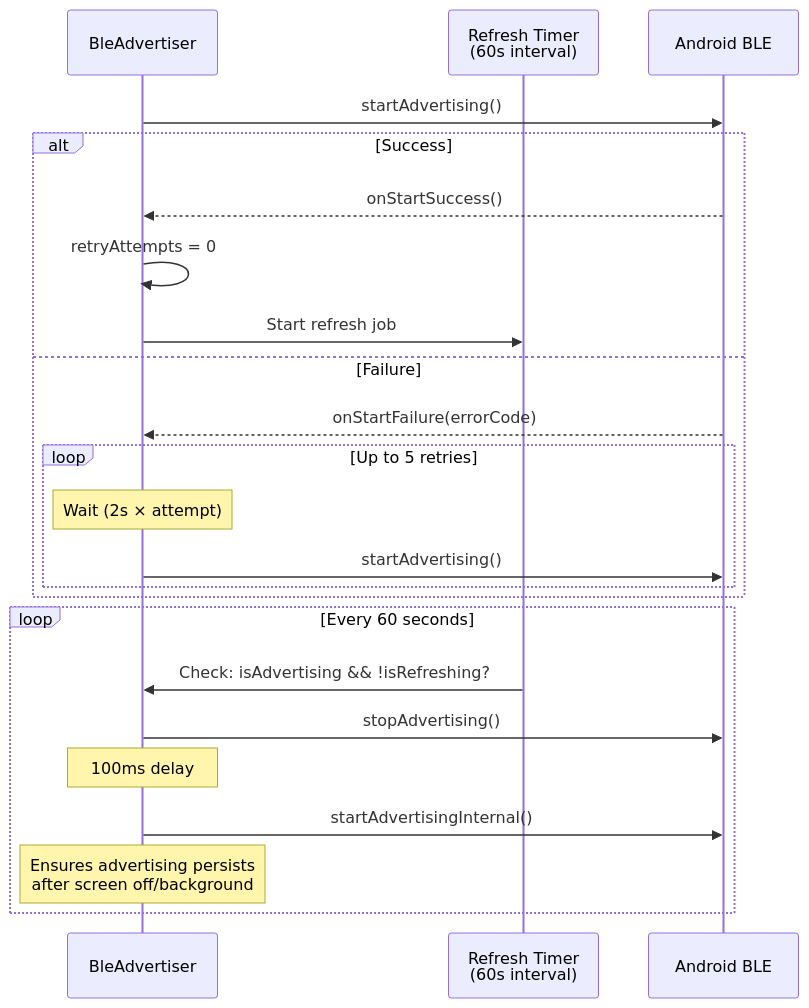
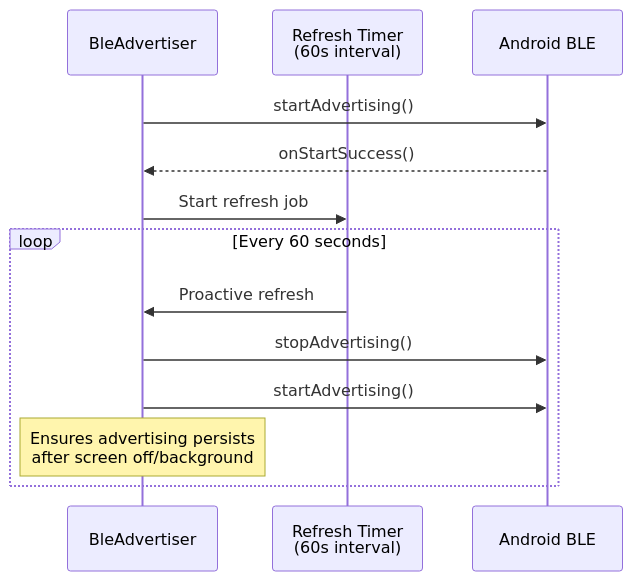
Diagram 17 of 17 in docs/ble-architecture.md (derpyspike/columba), drawn with Mermaid before and after one commit. The commit also changed other lines of this file, not shown here.

Commit message:
docs(ble): improve architecture diagram layout and structure

````diff
--- a/docs/ble-architecture.md
+++ b/docs/ble-architecture.md
@@ -824,27 +565,17 @@
 ```mermaid
 sequenceDiagram
     participant Adv as BleAdvertiser
     participant Timer as Refresh Timer<br/>(60s interval)
     participant Android as Android BLE
 
     Adv->>Android: startAdvertising()
-    alt Success
-        Android-->>Adv: onStartSuccess()
-        Adv->>Adv: retryAttempts = 0
-        Adv->>Timer: Start refresh job
-    else Failure
-        Android-->>Adv: onStartFailure(errorCode)
-        loop Up to 5 retries
-            Note over Adv: Wait (2s × attempt)
-            Adv->>Android: startAdvertising()
-        end
-    end
+    Android-->>Adv: onStartSuccess()
+    Adv->>Timer: Start refresh job
 
     loop Every 60 seconds
-        Timer->>Adv: Check: isAdvertising && !isRefreshing?
+        Timer->>Adv: Proactive refresh
         Adv->>Android: stopAdvertising()
-        Note over Adv: 100ms delay
-        Adv->>Android: startAdvertisingInternal()
+        Adv->>Android: startAdvertising()
         Note over Adv: Ensures advertising persists<br/>after screen off/background
     end
 ```
````
